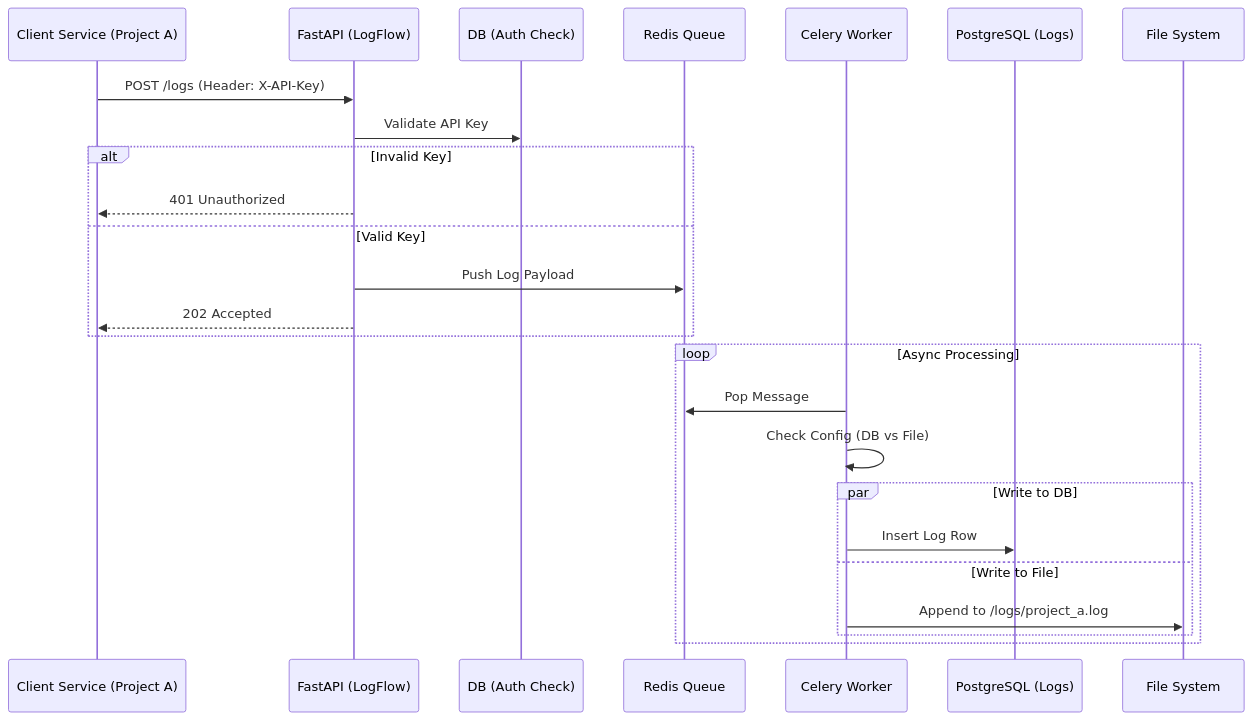
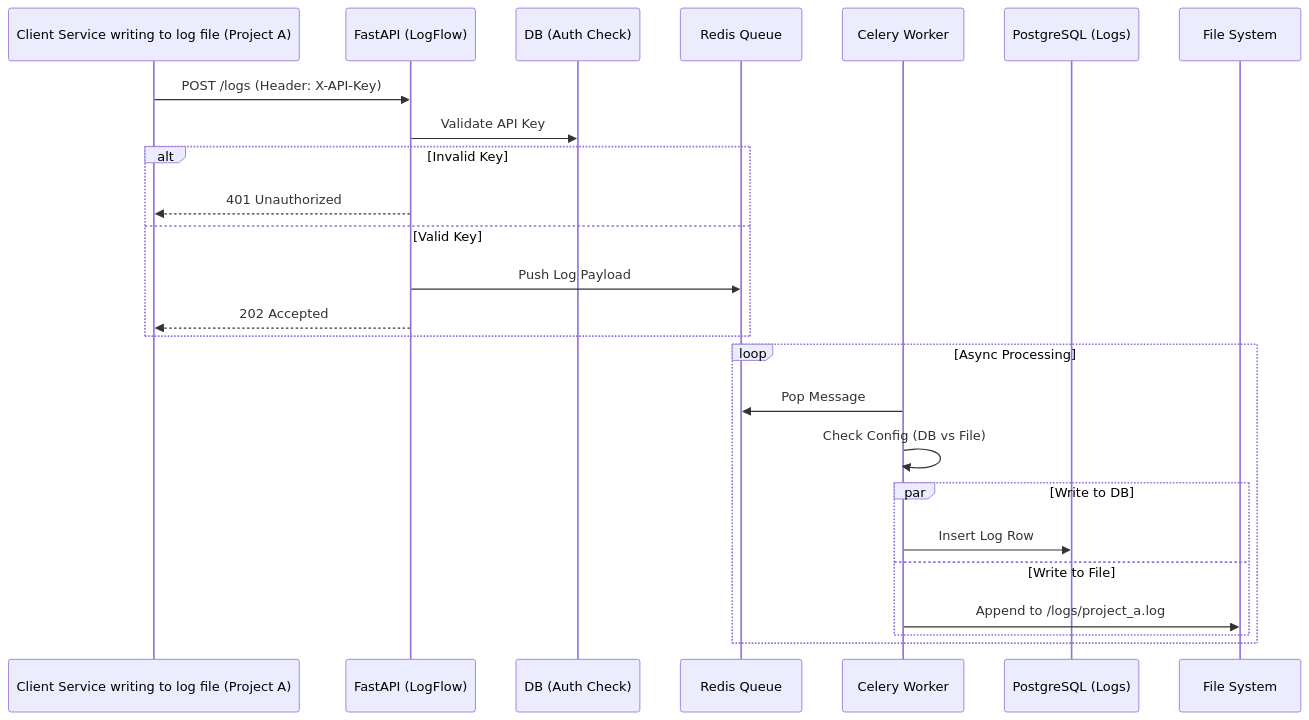
The diagram in PRD.md (stevequinn/logflow), drawn with Mermaid before and after one commit. The commit also changed other lines of this file and 12 other files, not shown here.

````diff
--- a/PRD.md
+++ b/PRD.md
@@ -33,29 +33,29 @@
 ```mermaid
 sequenceDiagram
-    participant Client as Client Service (Project A)
+    participant Client as Client Service writing to log file (Project A)
     participant API as FastAPI (LogFlow)
     participant DB_Read as DB (Auth Check)
     participant Redis as Redis Queue
     participant Worker as Celery Worker
     participant DB_Write as PostgreSQL (Logs)
     participant FS as File System
-
+     
     Client->>API: POST /logs (Header: X-API-Key)
     API->>DB_Read: Validate API Key
     alt Invalid Key
         API-->>Client: 401 Unauthorized
     else Valid Key
         API->>Redis: Push Log Payload
         API-->>Client: 202 Accepted
     end
     
     loop Async Processing
         Worker->>Redis: Pop Message
         Worker->>Worker: Check Config (DB vs File)
         par Write to DB
             Worker->>DB_Write: Insert Log Row
         and Write to File
             Worker->>FS: Append to /logs/project_a.log
         end
     end
 ```
````
